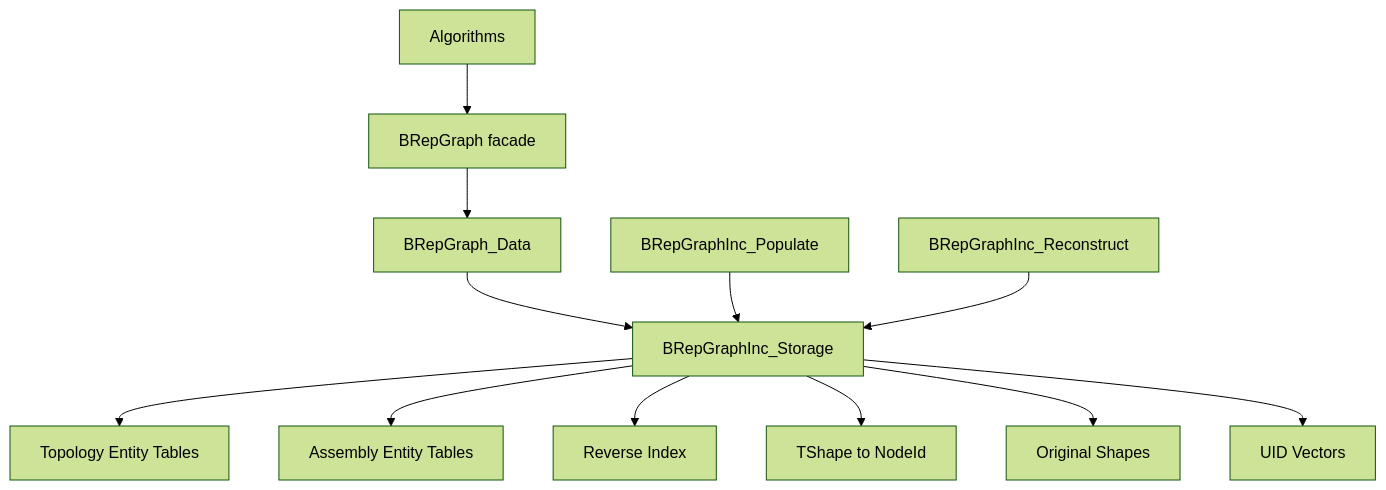
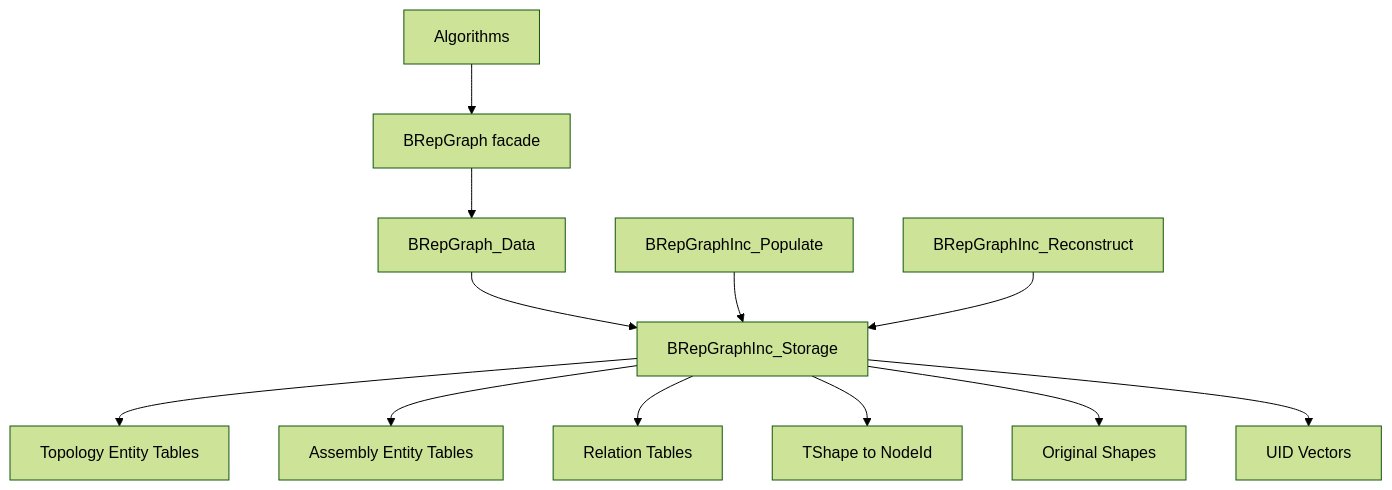
The first of 5 diagrams in src/ModelingData/TKBRep/BRepGraphInc/README.md (Open-Cascade-SAS/OCCT), drawn with Mermaid (forest theme) before and after one commit. The commit also changed other lines of this file and 183 other files, not shown here.

````diff
--- a/src/ModelingData/TKBRep/BRepGraphInc/README.md
+++ b/src/ModelingData/TKBRep/BRepGraphInc/README.md
@@ -28,16 +49,16 @@
 ```mermaid
 flowchart TB
   A[Algorithms] --> G[BRepGraph facade]
   G --> D[BRepGraph_Data]
   D --> S[BRepGraphInc_Storage]
 
   S --> E[Topology Entity Tables]
   S --> AS[Assembly Entity Tables]
-  S --> RX[Reverse Index]
+  S --> RX[Relation Tables]
   S --> TM[TShape to NodeId]
   S --> OR[Original Shapes]
   S --> UID[UID Vectors]
 
   P[BRepGraphInc_Populate] --> S
   X[BRepGraphInc_Reconstruct] --> S
 ```
````
